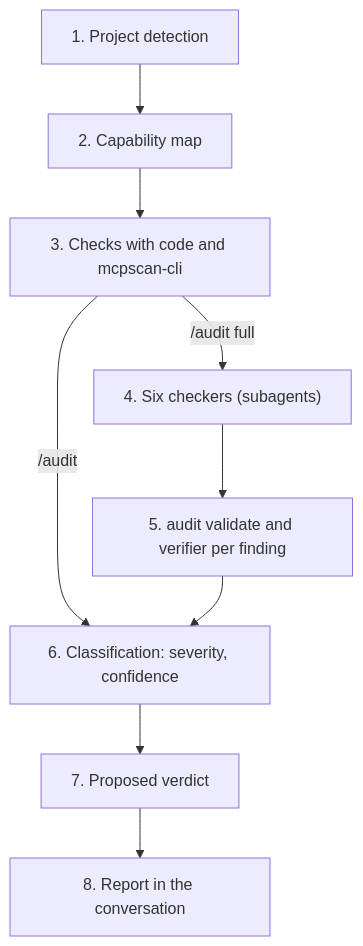
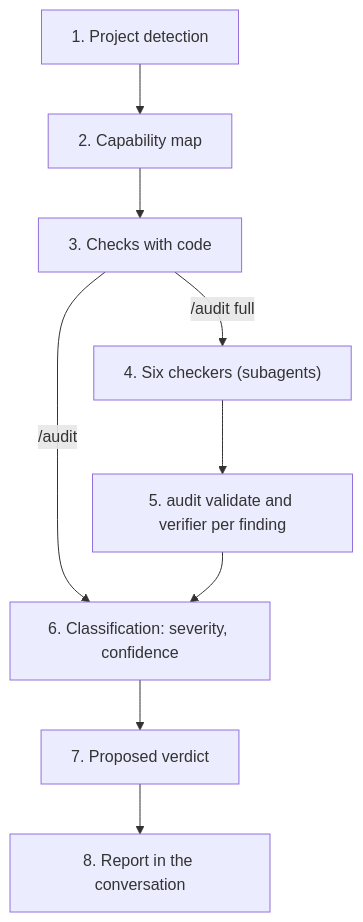
Before and after one commit to evgenia-lenti/honeywagon: the diagram in docs/tdd.md, drawn with Mermaid. The commit also changed other lines of this file and 9 other files, not shown here.

First line of the commit message:
Record the mcpscan-cli measurement and document the dependency lookup

````diff
--- a/docs/tdd.md
+++ b/docs/tdd.md
@@ -43,11 +43,11 @@
 ```mermaid
 flowchart TD
     A["1. Project detection"] --> B["2. Capability map"]
-    B --> C["3. Checks with code and mcpscan-cli"]
+    B --> C["3. Checks with code"]
     C -->|"/audit"| G["6. Classification: severity, confidence"]
     C -->|"/audit full"| D["4. Six checkers (subagents)"]
     D --> E["5. audit validate and verifier per finding"]
     E --> G
     G --> H["7. Proposed verdict"]
     H --> I["8. Report in the conversation"]
 ```
````
